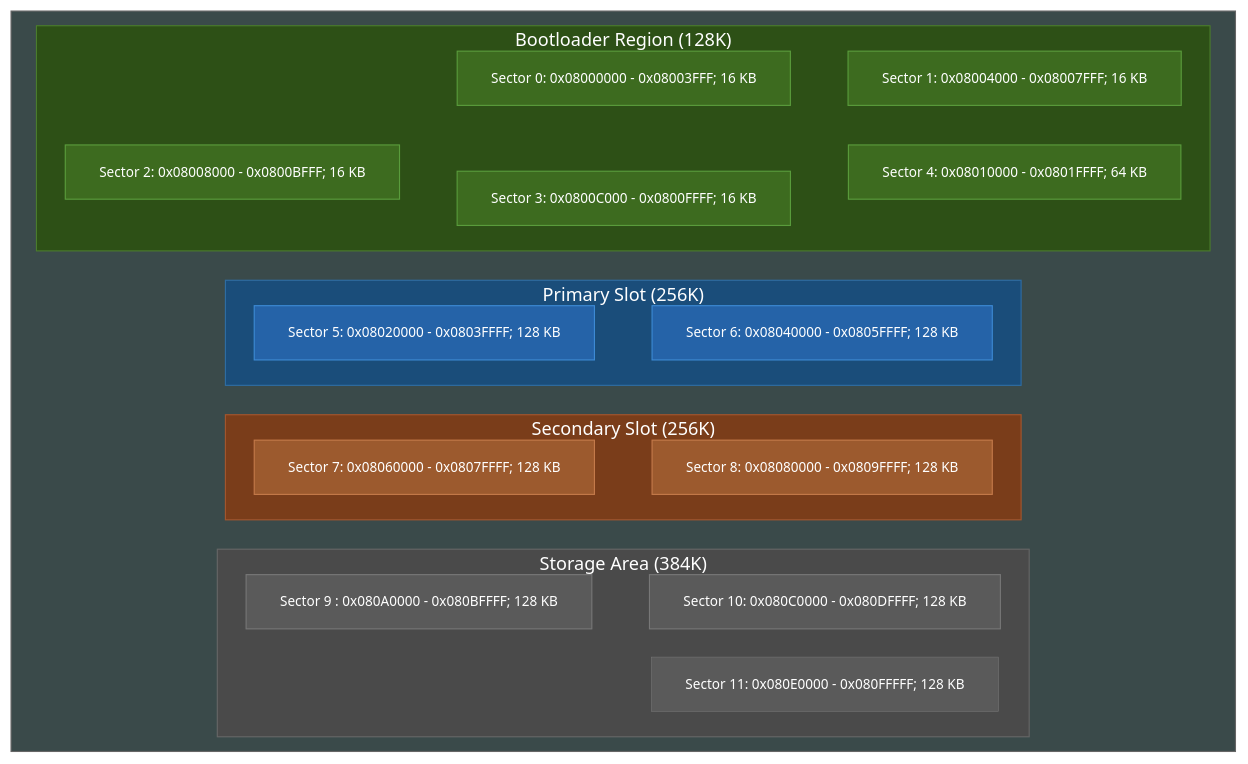
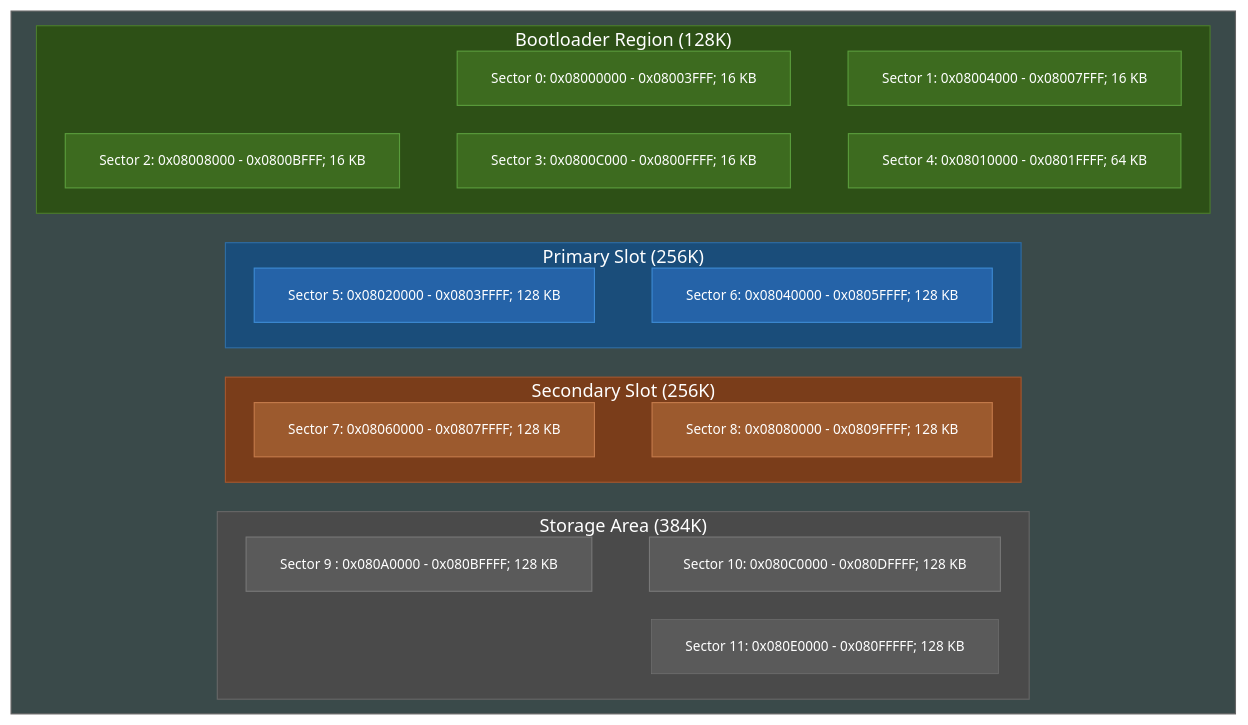
One commit to EvgeniyGA/wicked_boot changed the diagram in README.md. Above: the diagram before and after it, drawn with Mermaid.

````diff
--- a/README.md
+++ b/README.md
@@ -17,61 +17,60 @@
 ```mermaid
 flowchart TB
 
     %%{init: {'flowchart': {'nodeSpacing': 25, 'rankSpacing': 1,'useMaxWidth': false}}}%%
     subgraph STM32F407[" "]
         direction TB
         
         subgraph BOOT["Bootloader Region (128K)"]
             B1["<nobr>Sector 0: 0x08000000 - 0x08003FFF; 16 KB</nobr>"]
             B2["<nobr>Sector 1: 0x08004000 - 0x08007FFF; 16 KB</nobr>"]
             B3["<nobr>Sector 2: 0x08008000 - 0x0800BFFF; 16 KB</nobr>"]
             B4["<nobr>Sector 3: 0x0800C000 - 0x0800FFFF; 16 KB</nobr>"]
             B5["<nobr>Sector 4: 0x08010000 - 0x0801FFFF; 64 KB</nobr>"]
             B1 ~~~ B2
             B3 ~~~ B4
-			B3 ~~~ B5
 			B4 ~~~ B5
         end
         
         subgraph PRIMARY["Primary Slot (256K)"]
 			P1["<nobr>Sector 5: 0x08020000 - 0x0803FFFF; 128 KB</nobr>"]
 			P2["<nobr>Sector 6: 0x08040000 - 0x0805FFFF; 128 KB</nobr>"]
 			P1 ~~~ P2
         end
         
         subgraph SECONDARY["Secondary Slot (256K)"]
 			S1["<nobr>Sector 7: 0x08060000 - 0x0807FFFF; 128 KB</nobr>"]
 			S2["<nobr>Sector 8: 0x08080000 - 0x0809FFFF; 128 KB</nobr>"]
 			S1 ~~~ S2
         end
         
         subgraph SCRATCH["Storage Area (384K)"]
             SC1["<nobr>Sector 9 : 0x080A0000 - 0x080BFFFF; 128 KB</nobr>"]
 			SC2["<nobr>Sector 10: 0x080C0000 - 0x080DFFFF; 128 KB</nobr>"]
 			SC3["<nobr>Sector 11: 0x080E0000 - 0x080FFFFF; 128 KB</nobr>"]
 			SC1 ~~~ SC2
         end
 
         BOOT ~~~ PRIMARY
         PRIMARY ~~~ SECONDARY
         SECONDARY ~~~ SCRATCH
     end
 
     style STM32F407 fill:#3a4a4a,stroke:#666,stroke-width:1px,color:#fff
     style BOOT fill:#2d5016,stroke:#4a7c2c,stroke-width:1px,color:#fff
     style PRIMARY fill:#1a4d7a,stroke:#2e6da4,stroke-width:1px,color:#fff
     style SECONDARY fill:#7a3d1a,stroke:#a4562e,stroke-width:1px,color:#fff
     style SCRATCH fill:#4a4a4a,stroke:#666,stroke-width:1px,color:#fff
     style B1 fill:#3d6b1f,stroke:#5a9c3c,stroke-width:1px,color:#fff,font-size:12px
     style B2 fill:#3d6b1f,stroke:#5a9c3c,stroke-width:1px,color:#fff,font-size:12px
     style B3 fill:#3d6b1f,stroke:#5a9c3c,stroke-width:1px,color:#fff,font-size:12px
     style B4 fill:#3d6b1f,stroke:#5a9c3c,stroke-width:1px,color:#fff,font-size:12px
     style B5 fill:#3d6b1f,stroke:#5a9c3c,stroke-width:1px,color:#fff,font-size:12px
     style P1 fill:#2563a8,stroke:#3d8ad4,stroke-width:1px,color:#fff,font-size:12px
     style P2 fill:#2563a8,stroke:#3d8ad4,stroke-width:1px,color:#fff,font-size:12px
     style S1 fill:#9c5a2e,stroke:#c47a4a,stroke-width:1px,color:#fff,font-size:12px
     style S2 fill:#9c5a2e,stroke:#c47a4a,stroke-width:1px,color:#fff,font-size:12px
     style SC1 fill:#5a5a5a,stroke:#777,stroke-width:1px,color:#fff,font-size:12px
     style SC2 fill:#5a5a5a,stroke:#777,stroke-width:1px,color:#fff,font-size:12px
     style SC3 fill:#5a5a5a,stroke:#777,stroke-width:0.5px,color:#fff,font-size:12px
 ```
````
